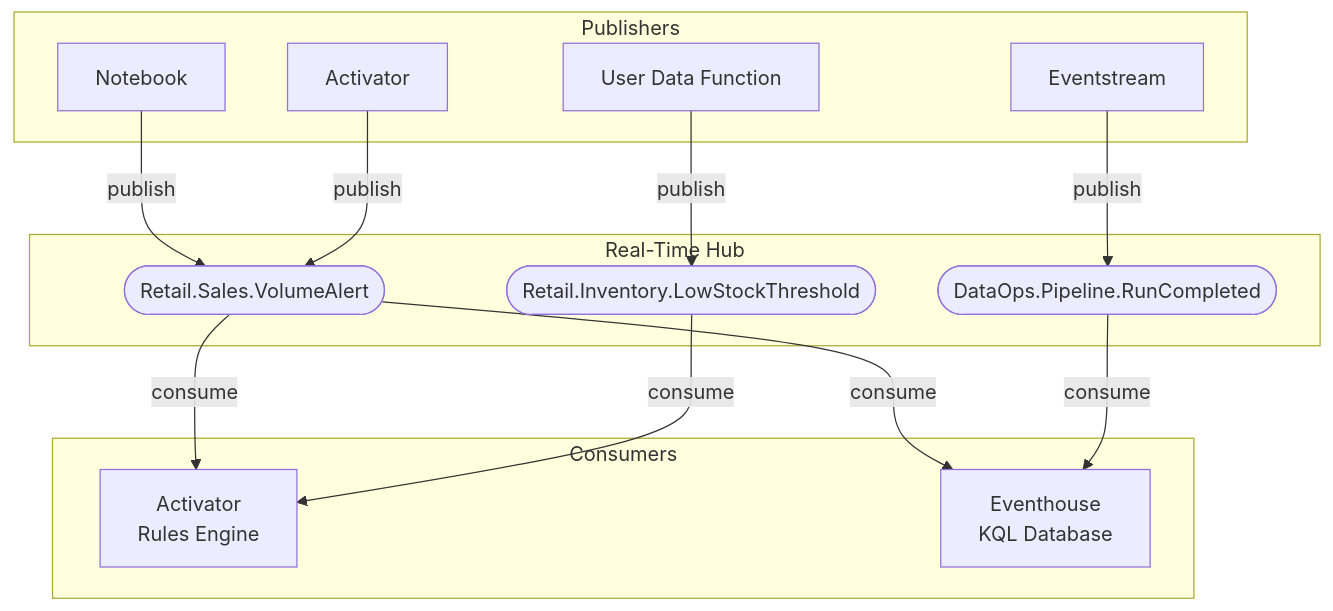
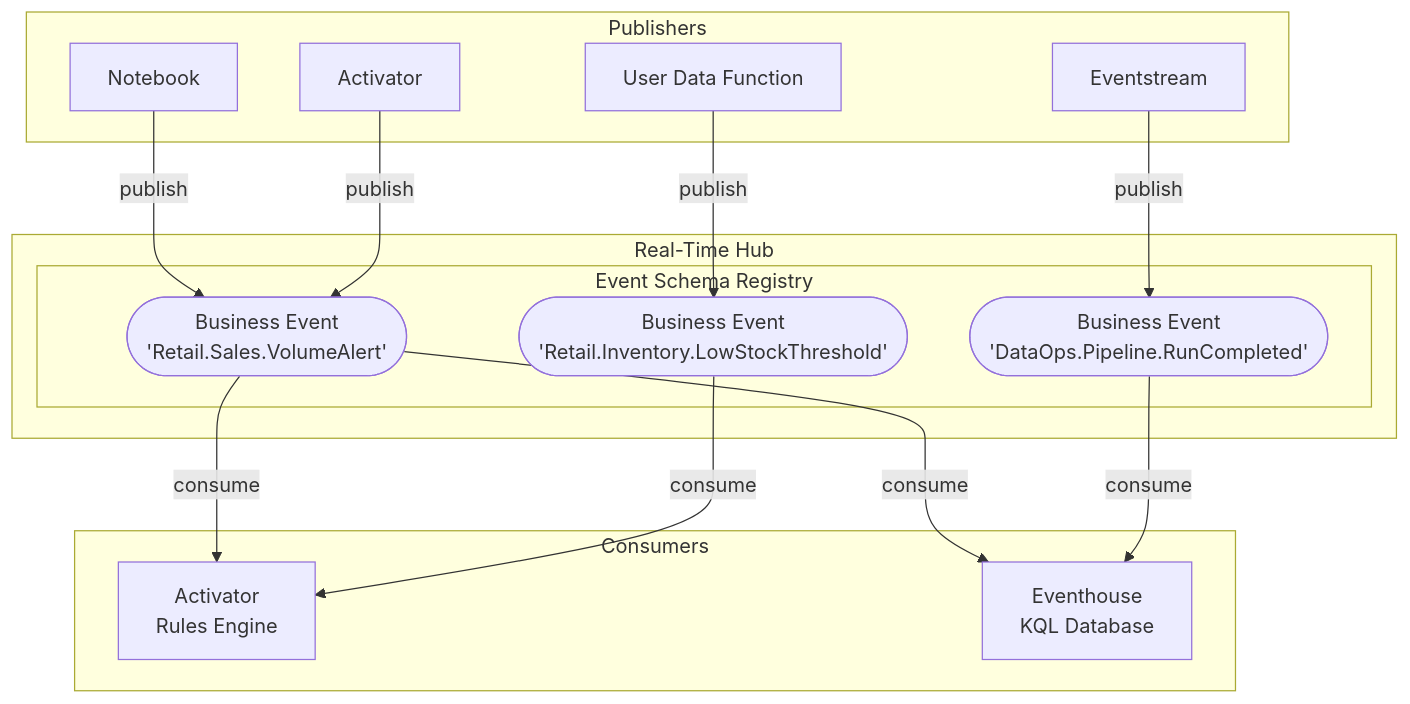
Before and after one commit to microsoft/fabric-events: the first of 3 diagrams in docs/business-events/introduction/architecture-overview.md, drawn with Mermaid. The commit also changed other lines of this file and 9 other files, not shown here.

First line of the commit message:
Standardize Business Event diagram nodes across all articles

````diff
--- a/docs/business-events/introduction/architecture-overview.md
+++ b/docs/business-events/introduction/architecture-overview.md
@@ -7,30 +7,32 @@
 ```mermaid
 flowchart TB
     subgraph Publishers
         NB[Notebook]
         UDF[User Data Function]
         ES[Eventstream]
         ACT_P[Activator]
     end
 
     subgraph RTH[Real-Time Hub]
-        BE1([Retail.Sales.VolumeAlert])
-        BE2([Retail.Inventory.LowStockThreshold])
-        BE3([DataOps.Pipeline.RunCompleted])
+        subgraph ESR[Event Schema Registry]
+            BE1([Business Event\n'Retail.Sales.VolumeAlert'])
+            BE2([Business Event\n'Retail.Inventory.LowStockThreshold'])
+            BE3([Business Event\n'DataOps.Pipeline.RunCompleted'])
+        end
     end
 
     subgraph Consumers
         ACT_C[Activator\nRules Engine]
         EH[Eventhouse\nKQL Database]
     end
 
     NB -->|publish| BE1
     UDF -->|publish| BE2
     ES -->|publish| BE3
     ACT_P -->|publish| BE1
 
     BE1 -->|consume| ACT_C
     BE2 -->|consume| ACT_C
     BE1 -->|consume| EH
     BE3 -->|consume| EH
 ```
````
